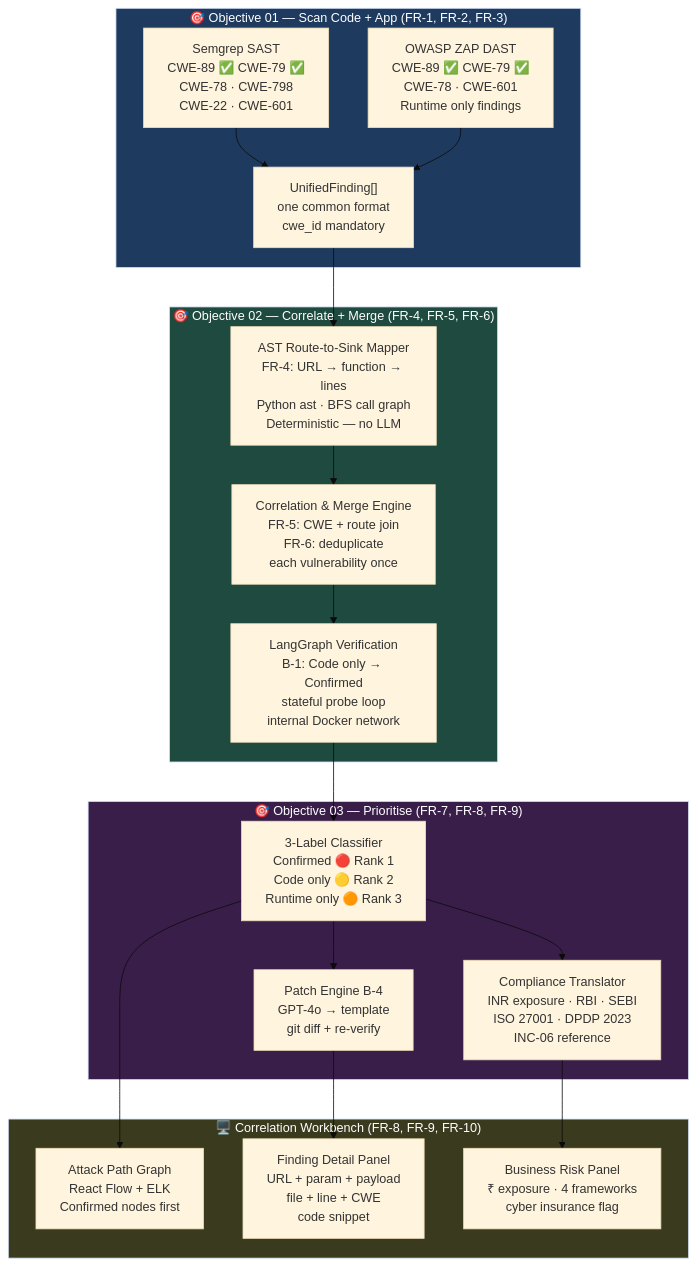
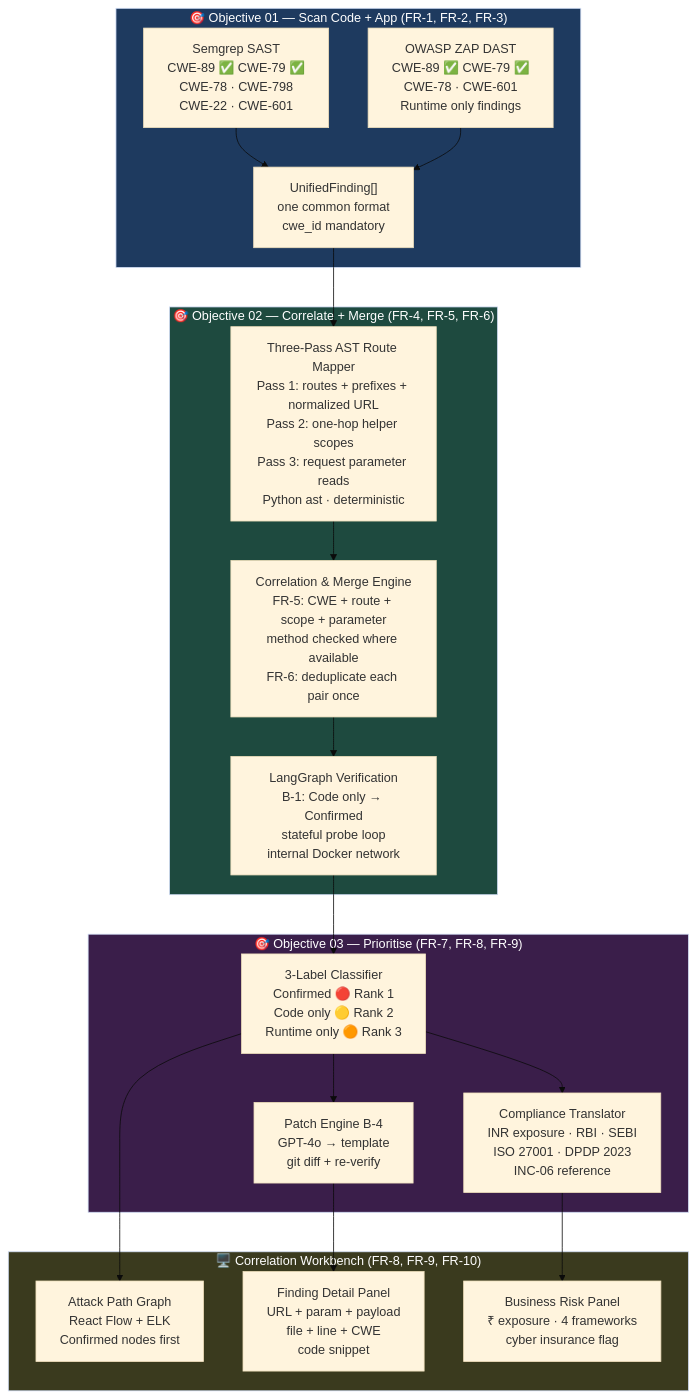
The first of 25 diagrams in docs/P06-Architecture.md (Halcyora/mitigata), drawn with Mermaid (base theme) before and after one commit. The commit also changed other lines of this file and 2 other files, not shown here.

First line of the commit message:
Enhance SAST-DAST correlation engine with strict evidence requirements

````diff
--- a/docs/P06-Architecture.md
+++ b/docs/P06-Architecture.md
@@ -38,42 +38,42 @@
 ```mermaid
 flowchart TD
     subgraph OBJ1["🎯 Objective 01 — Scan Code + App (FR-1, FR-2, FR-3)"]
         SAST["Semgrep SAST\nCWE-89 ✅ CWE-79 ✅\nCWE-78 · CWE-798\nCWE-22 · CWE-601"]
         DAST["OWASP ZAP DAST\nCWE-89 ✅ CWE-79 ✅\nCWE-78 · CWE-601\nRuntime only findings"]
         UF["UnifiedFinding[]\none common format\ncwe_id mandatory"]
         SAST --> UF
         DAST --> UF
     end
 
     subgraph OBJ2["🎯 Objective 02 — Correlate + Merge (FR-4, FR-5, FR-6)"]
-        AST["AST Route-to-Sink Mapper\nFR-4: URL → function → lines\nPython ast · BFS call graph\nDeterministic — no LLM"]
-        CORR["Correlation & Merge Engine\nFR-5: CWE + route join\nFR-6: deduplicate\neach vulnerability once"]
+        AST["Three-Pass AST Route Mapper\nPass 1: routes + prefixes + normalized URL\nPass 2: one-hop helper scopes\nPass 3: request parameter reads\nPython ast · deterministic"]
+        CORR["Correlation & Merge Engine\nFR-5: CWE + route + scope + parameter\nmethod checked where available\nFR-6: deduplicate each pair once"]
         LG["LangGraph Verification\nB-1: Code only → Confirmed\nstateful probe loop\ninternal Docker network"]
         UF --> AST
         AST --> CORR
         CORR --> LG
     end
 
     subgraph OBJ3["🎯 Objective 03 — Prioritise (FR-7, FR-8, FR-9)"]
         CLS["3-Label Classifier\nConfirmed 🔴 Rank 1\nCode only 🟡 Rank 2\nRuntime only 🟠 Rank 3"]
         PATCH["Patch Engine B-4\nGPT-4o → template\ngit diff + re-verify"]
         COMP["Compliance Translator\nINR exposure · RBI · SEBI\nISO 27001 · DPDP 2023\nINC-06 reference"]
         LG --> CLS
         CLS --> PATCH
         CLS --> COMP
     end
 
     subgraph UI["🖥️ Correlation Workbench (FR-8, FR-9, FR-10)"]
         GRAPH["Attack Path Graph\nReact Flow + ELK\nConfirmed nodes first"]
         DETAIL["Finding Detail Panel\nURL + param + payload\nfile + line + CWE\ncode snippet"]
         RISK["Business Risk Panel\n₹ exposure · 4 frameworks\ncyber insurance flag"]
         CLS --> GRAPH
         PATCH --> DETAIL
         COMP --> RISK
     end
 
     style OBJ1 fill:#1e3a5f,color:#fff
     style OBJ2 fill:#1e4a3f,color:#fff
     style OBJ3 fill:#3a1e4a,color:#fff
     style UI fill:#3a3a1e,color:#fff
 ```
````
